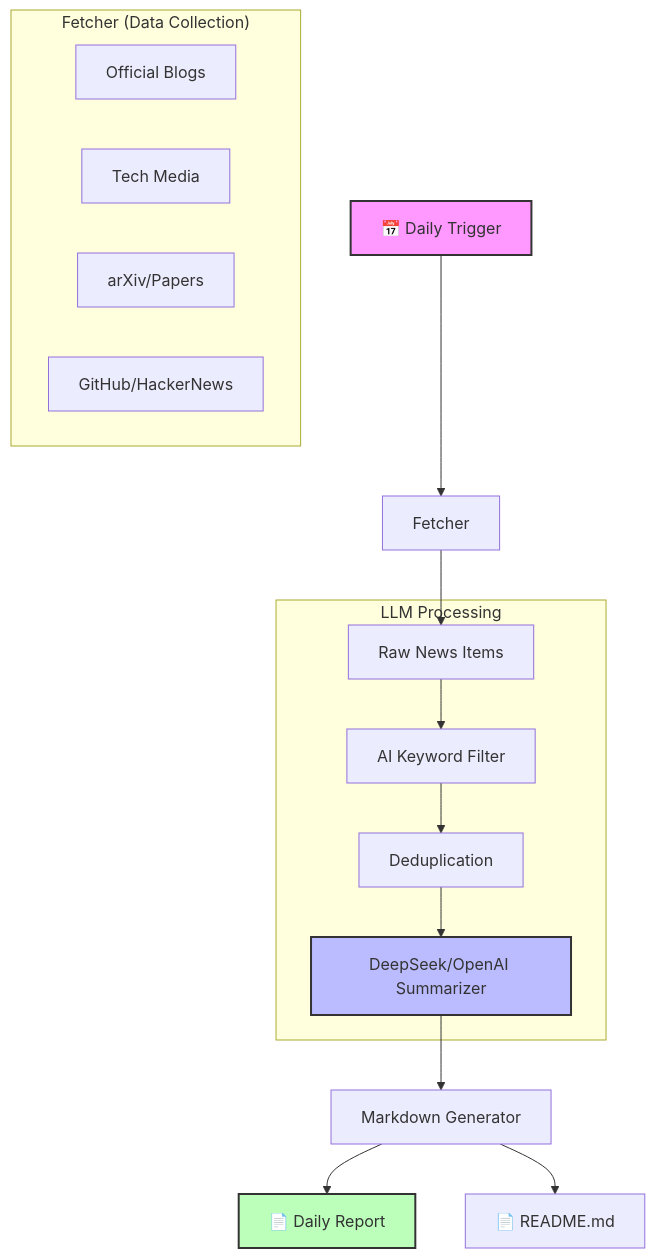
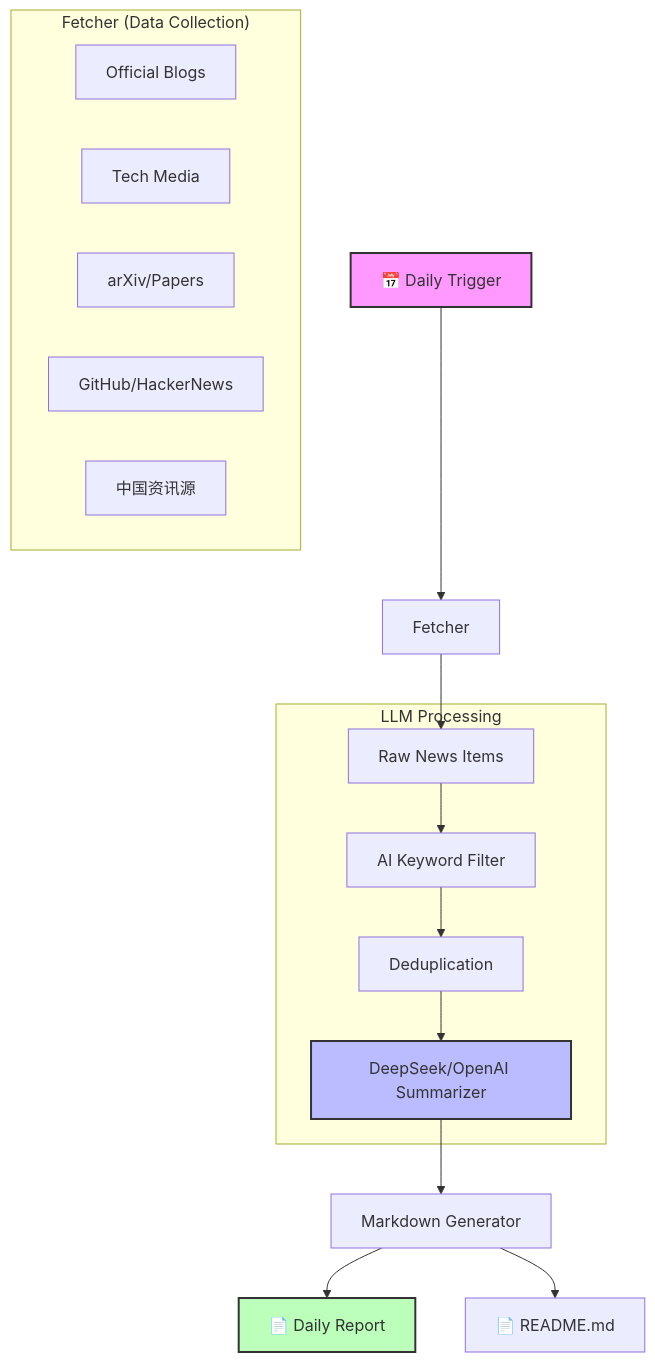
One commit to zhangjie2012/ai-daily-news changed the diagram in README.md. Above: the diagram before and after it, drawn with Mermaid. The commit also changed other lines of this file, not shown here.

````diff
--- a/README.md
+++ b/README.md
@@ -52,27 +61,28 @@
 ```mermaid
 graph TD
     Daily[📅 Daily Trigger] --> Fetcher
     
     subgraph "Fetcher (Data Collection)"
         F1[Official Blogs]
         F2[Tech Media]
         F3[arXiv/Papers]
         F4[GitHub/HackerNews]
+        F5[中国资讯源]
     end
     
     Fetcher --> RawItems[Raw News Items]
     
     subgraph "LLM Processing"
         RawItems --> Filter[AI Keyword Filter]
         Filter --> Deduplicate[Deduplication]
         Deduplicate --> Summarizer[DeepSeek/OpenAI Summarizer]
     end
     
     Summarizer --> Generator[Markdown Generator]
     Generator --> Report[📄 Daily Report]
     Generator --> README[📄 README.md]
     
     style Daily fill:#f9f,stroke:#333,stroke-width:2px
     style Summarizer fill:#bbf,stroke:#333,stroke-width:2px
     style Report fill:#bfb,stroke:#333,stroke-width:2px
 ```
````
